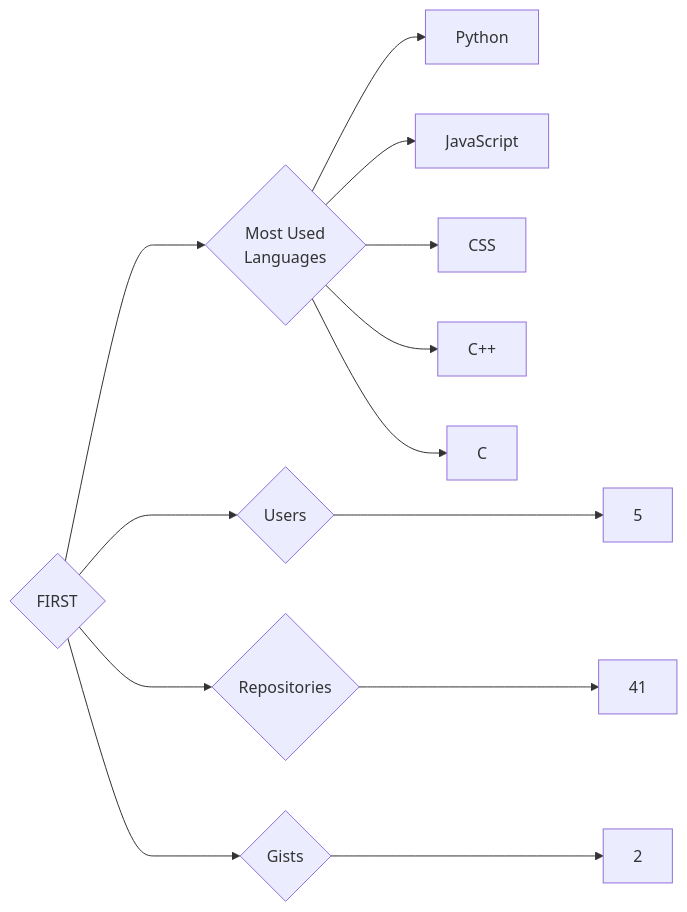
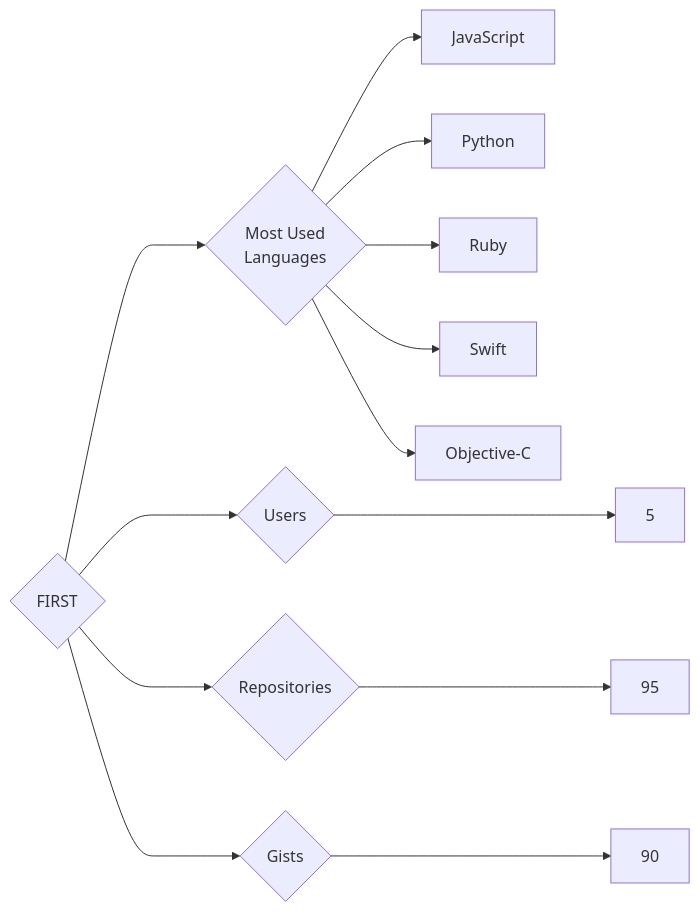
One commit to trickest/insiders changed the diagram in targets/FIRST/README.md. Above: the diagram before and after it, drawn with Mermaid. The commit also changed 865 other files, not shown here.

````diff
--- a/targets/FIRST/README.md
+++ b/targets/FIRST/README.md
@@ -3,13 +3,13 @@
 ```mermaid
 graph LR
 COMPANY_NAME{FIRST}
 COMPANY_NAME ---> U{Users} ---> UN[5]
-COMPANY_NAME ---> R{Repositories} ---> RN[41]
-COMPANY_NAME ---> G{Gists} ---> GN[2]
+COMPANY_NAME ---> R{Repositories} ---> RN[95]
+COMPANY_NAME ---> G{Gists} ---> GN[90]
 COMPANY_NAME ---> ML{Most Used<br>Languages}
+ML --> JavaScript[JavaScript]
 ML --> Python[Python]
-ML --> JavaScript[JavaScript]
-ML --> CSS[CSS]
-ML --> C++[C++]
-ML --> C[C]
+ML --> Ruby[Ruby]
+ML --> Swift[Swift]
+ML --> Objective-C[Objective-C]
 ```
````
